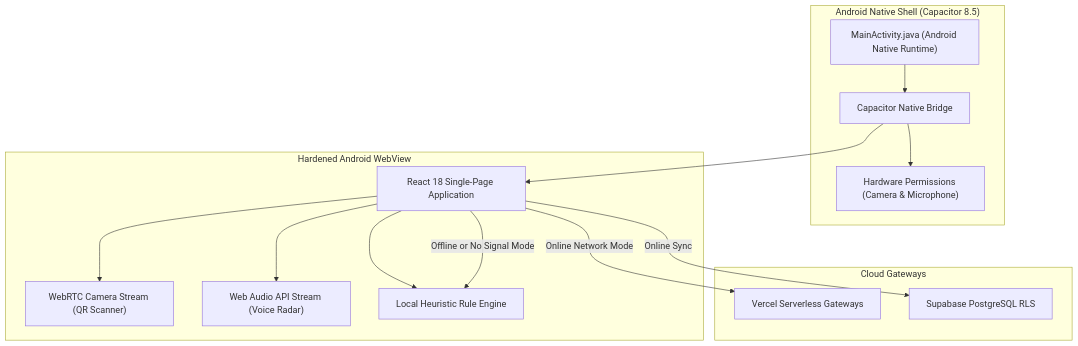
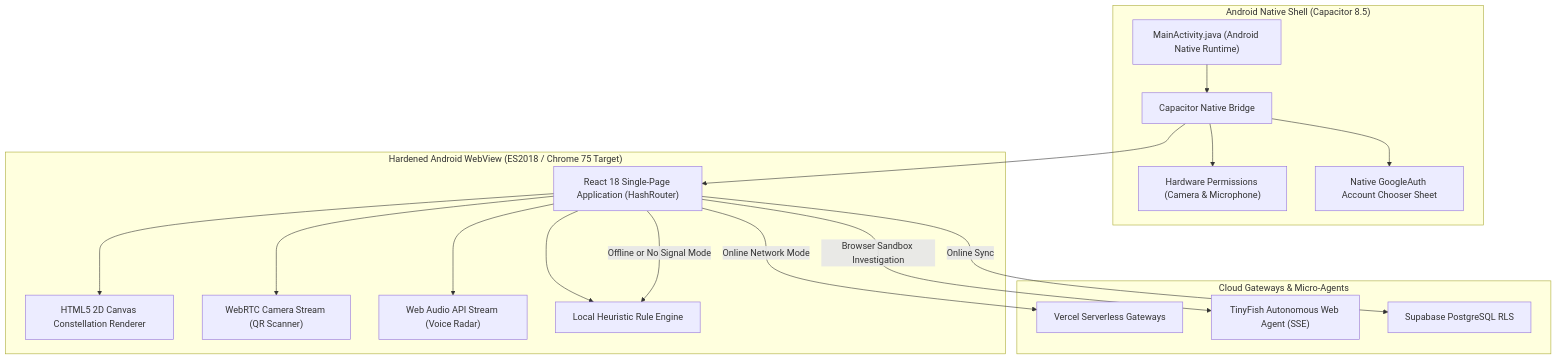
Before and after one commit to ImperialCoder01/GhostNet: the diagram in docs/MOBILE.md, drawn with Mermaid. The commit also changed other lines of this file and 3 other files, not shown here.

Commit message:
docs: update project documentation including README.md, docs/MOBILE.md, docs/CHANGELOG.md, and docs/API.md with TinyFish agent, Android WebView targets, and in-app native auth

````diff
--- a/docs/MOBILE.md
+++ b/docs/MOBILE.md
@@ -9,31 +9,37 @@
 ```mermaid
 flowchart TD
     subgraph NativeAndroid["Android Native Shell (Capacitor 8.5)"]
         Activity["MainActivity.java (Android Native Runtime)"]
         Permissions["Hardware Permissions (Camera & Microphone)"]
         Bridge["Capacitor Native Bridge"]
+        GoogleAuth["Native GoogleAuth Account Chooser Sheet"]
     end
 
-    subgraph WebViewRuntime["Hardened Android WebView"]
-        ReactApp["React 18 Single-Page Application"]
+    subgraph WebViewRuntime["Hardened Android WebView (ES2018 / Chrome 75 Target)"]
+        ReactApp["React 18 Single-Page Application (HashRouter)"]
+        CanvasField["HTML5 2D Canvas Constellation Renderer"]
         CameraStream["WebRTC Camera Stream (QR Scanner)"]
         AudioRecord["Web Audio API Stream (Voice Radar)"]
         OfflineEngine["Local Heuristic Rule Engine"]
     end
 
-    subgraph BackendAPI["Cloud Gateways"]
+    subgraph BackendAPI["Cloud Gateways & Micro-Agents"]
         VercelAPI["Vercel Serverless Gateways"]
+        TinyFish["TinyFish Autonomous Web Agent (SSE)"]
         SupabaseDB["Supabase PostgreSQL RLS"]
     end
 
     Activity --> Bridge
     Bridge --> Permissions
+    Bridge --> GoogleAuth
     Bridge --> ReactApp
+    ReactApp --> CanvasField
     ReactApp --> CameraStream
     ReactApp --> AudioRecord
     ReactApp --> OfflineEngine
 
     ReactApp -->|"Online Network Mode"| VercelAPI
+    ReactApp -->|"Browser Sandbox Investigation"| TinyFish
     ReactApp -->|"Online Sync"| SupabaseDB
     ReactApp -->|"Offline or No Signal Mode"| OfflineEngine
 ```
````
